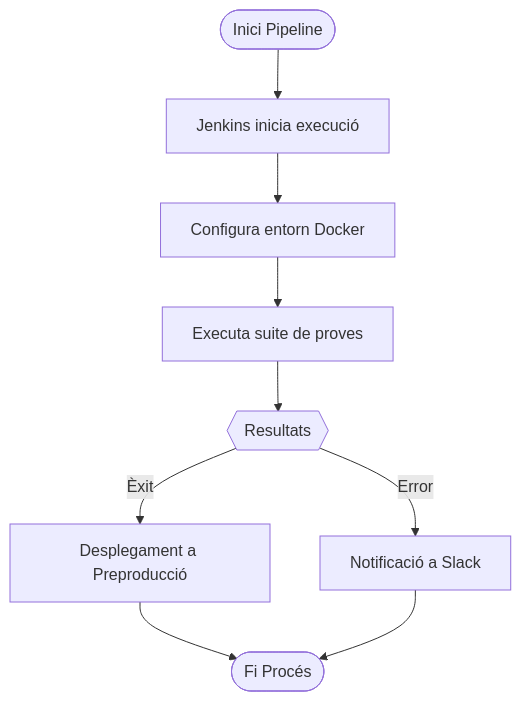
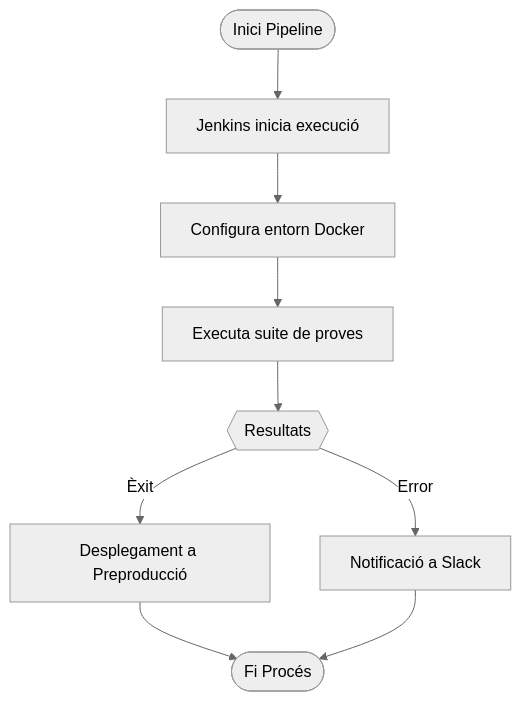
Before and after one commit to juananmora/mkdocs-sample1: the diagram in docs/jenkins/selenium.md, drawn with Mermaid. The commit also changed other lines of this file, not shown here.

````diff
--- a/docs/jenkins/selenium.md
+++ b/docs/jenkins/selenium.md
@@ -40,11 +38,12 @@
 ```mermaid
+%%{init: {'theme':'neutral'}}%%
 flowchart TD
 A([Inici Pipeline]) --> B[Jenkins inicia execució]
 B --> C[Configura entorn Docker]
 C --> D[Executa suite de proves]
 D --> E{{Resultats}}
 E -->|Èxit| F[Desplegament a Preproducció]
 E -->|Error| G[Notificació a Slack]
 F --> H([Fi Procés])
 G --> H
 ```
````
